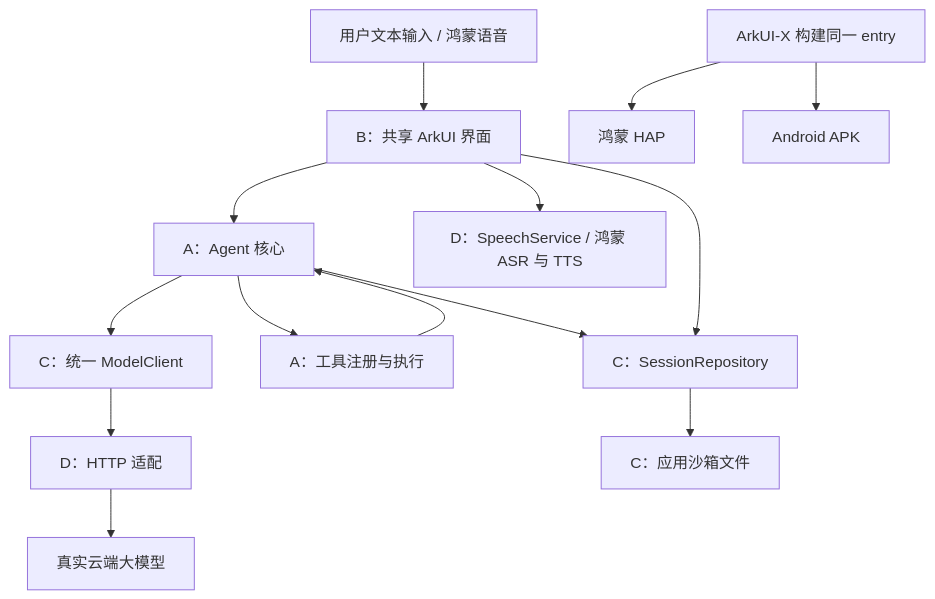
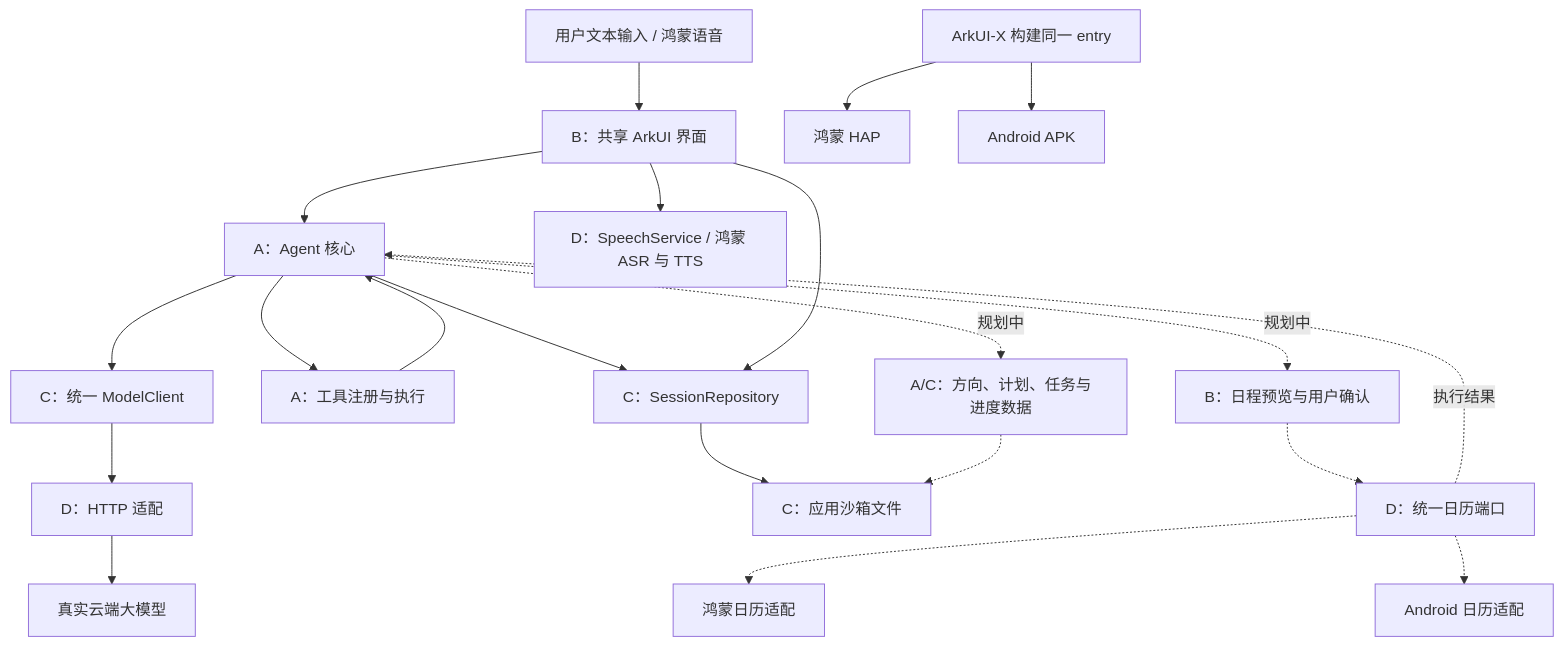
The diagram in docs/一页纸架构.md (Tsuki638/arkuix-campus-agent), drawn with Mermaid before and after one commit. The commit also changed other lines of this file and 3 other files, not shown here.

````diff
--- a/docs/一页纸架构.md
+++ b/docs/一页纸架构.md
@@ -5,15 +5,22 @@
 ```mermaid
 flowchart TB
     U[用户文本输入 / 鸿蒙语音] --> UI[B：共享 ArkUI 界面]
     UI --> A[A：Agent 核心]
     A --> M[C：统一 ModelClient]
     M --> H[D：HTTP 适配] --> L[真实云端大模型]
     A --> T[A：工具注册与执行]
     T --> A
     A --> R[C：SessionRepository]
     UI --> R
     R --> F[C：应用沙箱文件]
     UI --> S[D：SpeechService / 鸿蒙 ASR 与 TTS]
+    A -. 规划中 .-> P[A/C：方向、计划、任务与进度数据]
+    P -.-> F
+    A -. 规划中 .-> V[B：日程预览与用户确认]
+    V -.-> C[D：统一日历端口]
+    C -.-> HC[鸿蒙日历适配]
+    C -.-> AC[Android 日历适配]
+    C -. 执行结果 .-> A
     X[ArkUI-X 构建同一 entry] --> HM[鸿蒙 HAP]
     X --> AN[Android APK]
 ```
````
